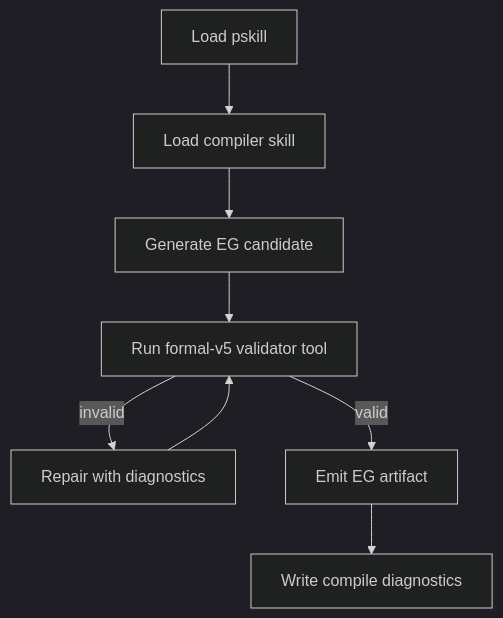
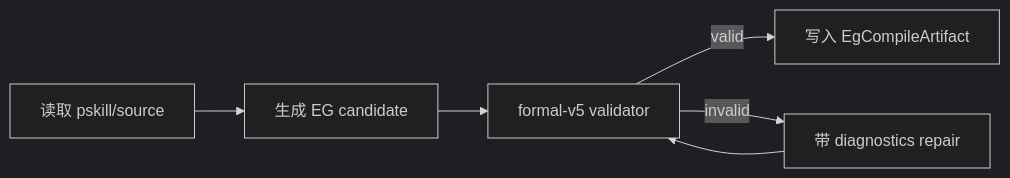
One commit to servforce/psop changed the second of 4 diagrams in docs/PSOP系统架构详细设计v2.md. Above: the diagram before and after it, drawn with Mermaid (dark theme). The commit also changed other lines of this file, not shown here.

Commit message:
docs: expand PSOP architecture with agent harness design

````diff
--- a/docs/PSOP系统架构详细设计v2.md
+++ b/docs/PSOP系统架构详细设计v2.md
@@ -790,10 +714,8 @@
 ```mermaid
-flowchart TD
-    A[Load pskill] --> B[Load compiler skill]
-    B --> C[Generate EG candidate]
-    C --> D[Run formal-v5 validator tool]
-    D -->|invalid| E[Repair with diagnostics]
-    E --> D
-    D -->|valid| F[Emit EG artifact]
-    F --> G[Write compile diagnostics]
+flowchart LR
+    A[读取 pskill/source] --> B[生成 EG candidate]
+    B --> C[formal-v5 validator]
+    C -->|valid| D[写入 EgCompileArtifact]
+    C -->|invalid| E[带 diagnostics repair]
+    E --> C
 ```
````
